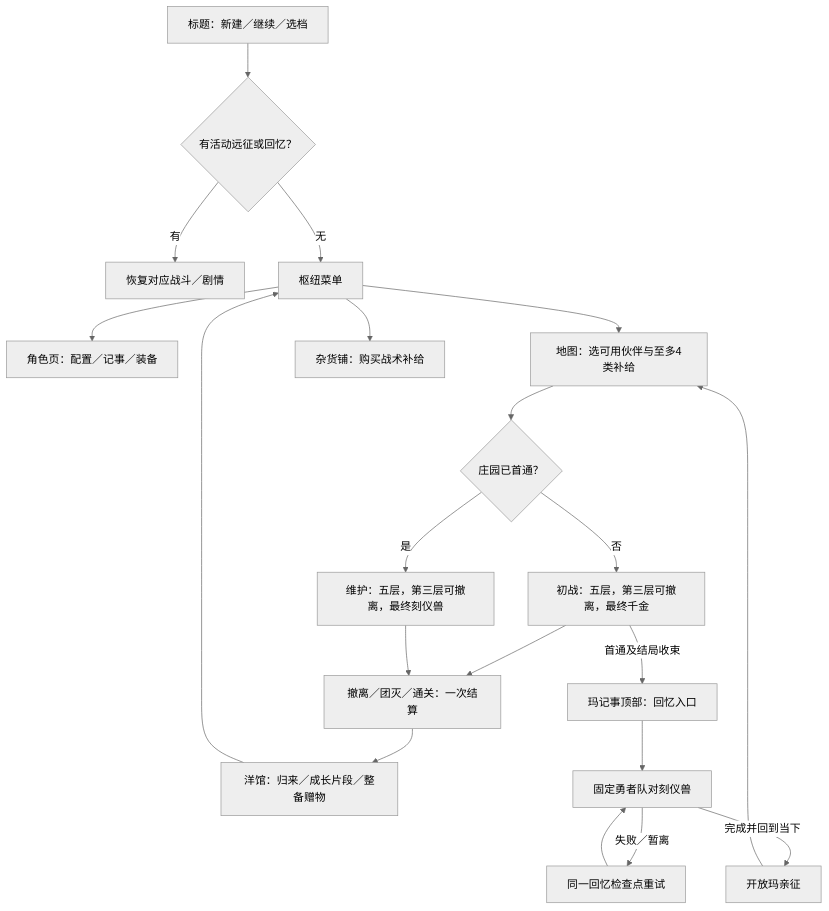
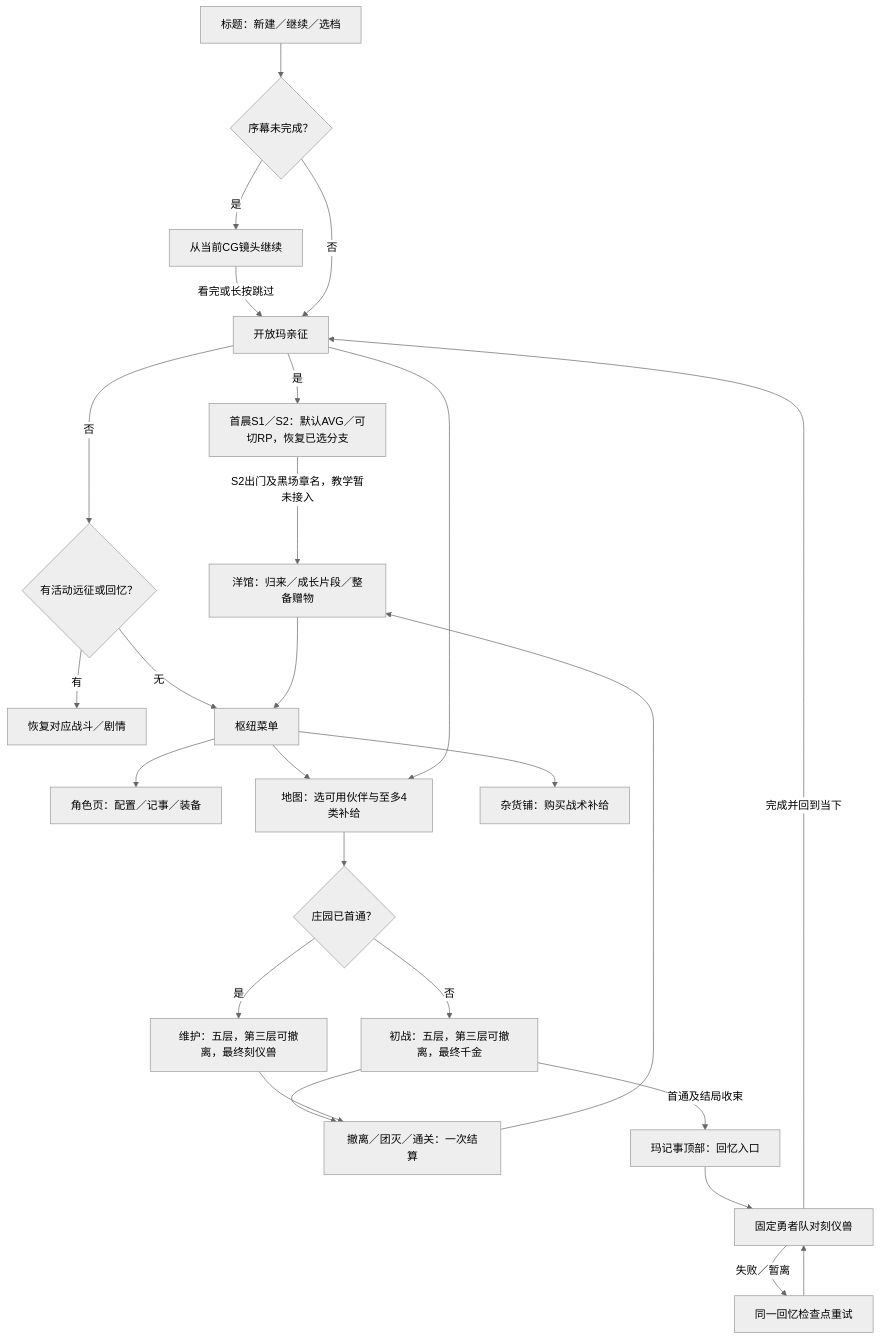
Before and after one commit to hasheeper/project-abyssa: the diagram in docs/GAME_SYSTEMS_AND_CONTENT_SPEC.md, drawn with Mermaid (neutral theme). The commit also changed other lines of this file and 219 other files, not shown here.

````diff
--- a/docs/GAME_SYSTEMS_AND_CONTENT_SPEC.md
+++ b/docs/GAME_SYSTEMS_AND_CONTENT_SPEC.md
@@ -29,22 +29,28 @@
 ```mermaid
 flowchart TD
-  A[标题：新建／继续／选档] --> B{有活动远征或回忆？}
+  A[标题：新建／继续／选档] --> P{序幕未完成？}
+  P -->|是| Q[从当前CG镜头继续]
+  Q -->|看完或长按跳过| O{首场洋馆未完成？}
+  P -->|否| O
+  O -->|是| R[首晨S1／S2：默认AVG／可切RP，恢复已选分支]
+  R -->|S2出门及黑场章名，教学暂未接入| K
+  O -->|否| B{有活动远征或回忆？}
   B -->|有| C[恢复对应战斗／剧情]
   B -->|无| D[枢纽菜单]
   D --> E[角色页：配置／记事／装备]
   D --> F[地图：选可用伙伴与至多4类补给]
   D --> S[杂货铺：购买战术补给]
   F --> G{庄园已首通？}
   G -->|否| H[初战：五层，第三层可撤离，最终千金]
   G -->|是| I[维护：五层，第三层可撤离，最终刻仪兽]
   H --> J[撤离／团灭／通关：一次结算]
   I --> J
   J --> K[洋馆：归来／成长片段／整备赠物]
   K --> D
   H -->|首通及结局收束| L[玛记事顶部：回忆入口]
   L --> M[固定勇者队对刻仪兽]
   M -->|失败／暂离| N[同一回忆检查点重试]
   N --> M
   M -->|完成并回到当下| O[开放玛亲征]
   O --> F
 ```
````
